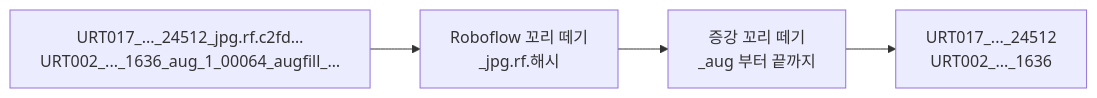
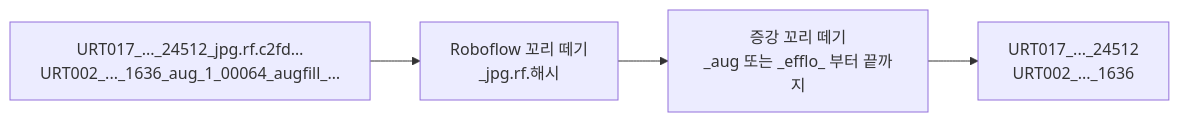
Before and after one commit to wm-shin/detect_surface_defects: the second of 2 diagrams in scripts/mermaid/check_data.md, drawn with Mermaid. The commit also changed other lines of this file and 36 other files, not shown here.

````diff
--- a/scripts/mermaid/check_data.md
+++ b/scripts/mermaid/check_data.md
@@ -54,6 +54,6 @@
 ```mermaid
 flowchart LR
     S["URT017_..._24512_jpg.rf.c2fd…<br/>URT002_..._1636_aug_1_00064_augfill_…"] --> A["Roboflow 꼬리 떼기<br/>_jpg.rf.해시"]
-    A --> B["증강 꼬리 떼기<br/>_aug 부터 끝까지"]
+    A --> B["증강 꼬리 떼기<br/>_aug 또는 _efflo_ 부터 끝까지"]
     B --> O["URT017_..._24512<br/>URT002_..._1636"]
 ```
````
